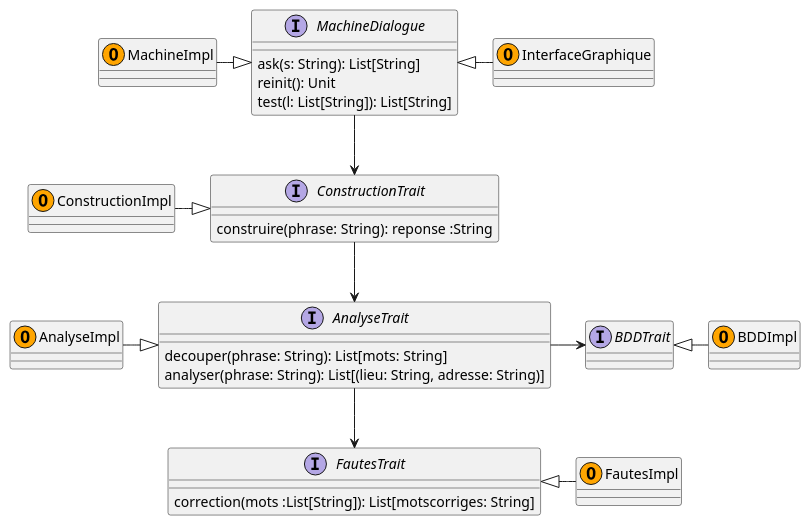
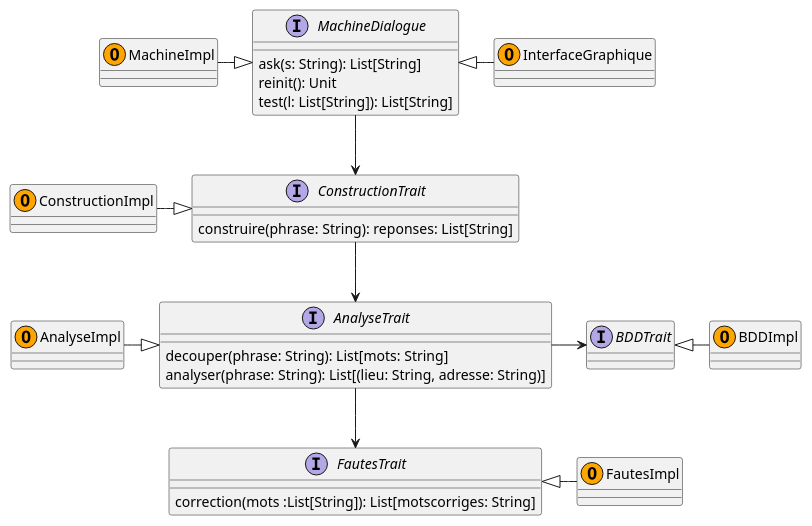
Before and after one commit to mathisglt/AvatarBacchus: the diagram in src/main/scala/diagramme/diag_imp.plantuml, drawn with PlantUML.

Commit message:
maj diagramme

```diff
--- a/src/main/scala/diagramme/diag_imp.plantuml
+++ b/src/main/scala/diagramme/diag_imp.plantuml
@@ -1,50 +1,50 @@
 @startuml Avatar
 
 interface BDDTrait{
 	
 }
 
 interface MachineDialogue {
 	ask(s: String): List[String]
 	reinit(): Unit
 	test(l: List[String]): List[String]
 }
 
 interface ConstructionTrait{
-	construire(phrase: String): reponse :String
+	construire(phrase: String): reponses: List[String]
 }
 	
 interface InterfaceGraphique{
 	
 }
 
 interface FautesTrait{
 	correction(mots :List[String]): List[motscorriges: String]
 }
 
 interface AnalyseTrait{
 	decouper(phrase: String): List[mots: String]
 	analyser(phrase: String): List[(lieu: String, adresse: String)]
 }
 
 
 class MachineImpl <<(O,Orange)>>
 class InterfaceGraphique <<(O,Orange)>>
 class ConstructionImpl <<(O,Orange)>>
 class AnalyseImpl <<(O,Orange)>>
 class BDDImpl <<(O,Orange)>>
 class FautesImpl <<(O,Orange)>>
 
 MachineImpl -|> MachineDialogue
 MachineDialogue <|- InterfaceGraphique
 BDDTrait <|-  BDDImpl 
 ConstructionImpl -|>  ConstructionTrait
 AnalyseImpl -|>  AnalyseTrait 
 FautesTrait <|-  FautesImpl 
 
 MachineDialogue --> ConstructionTrait
 ConstructionTrait --> AnalyseTrait
 AnalyseTrait -> BDDTrait
 AnalyseTrait --> FautesTrait
 
 @enduml
```
